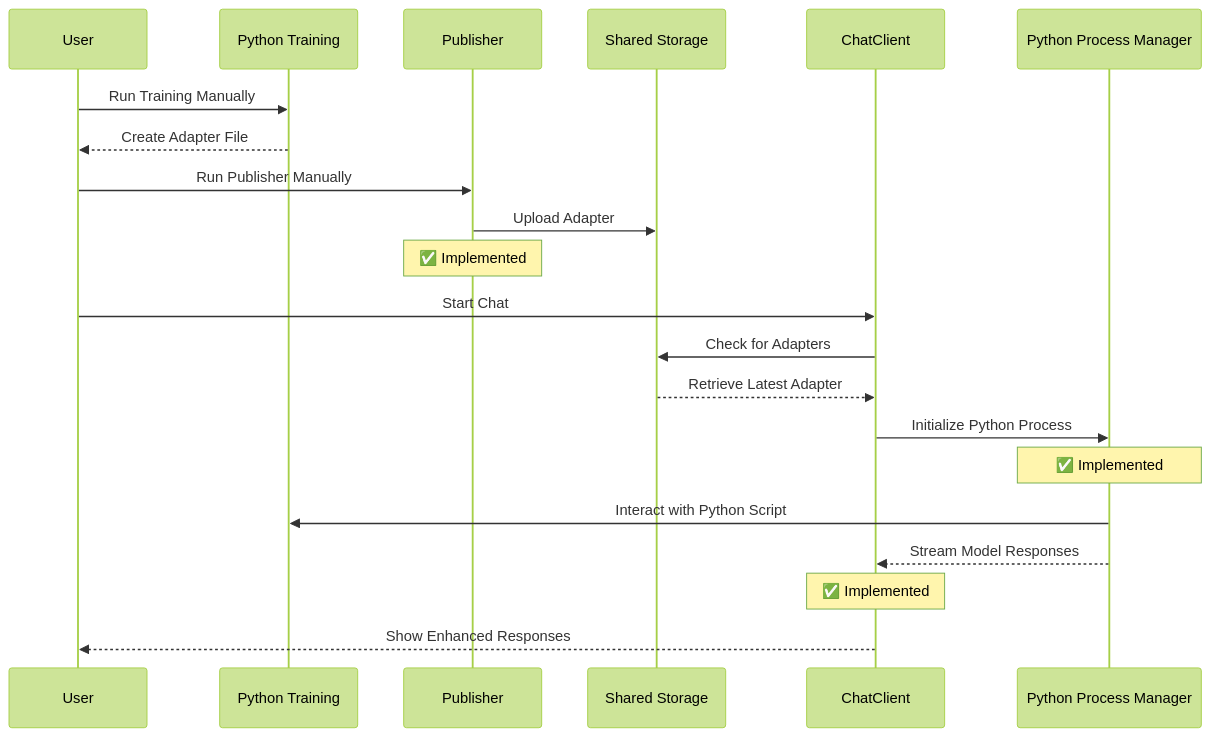
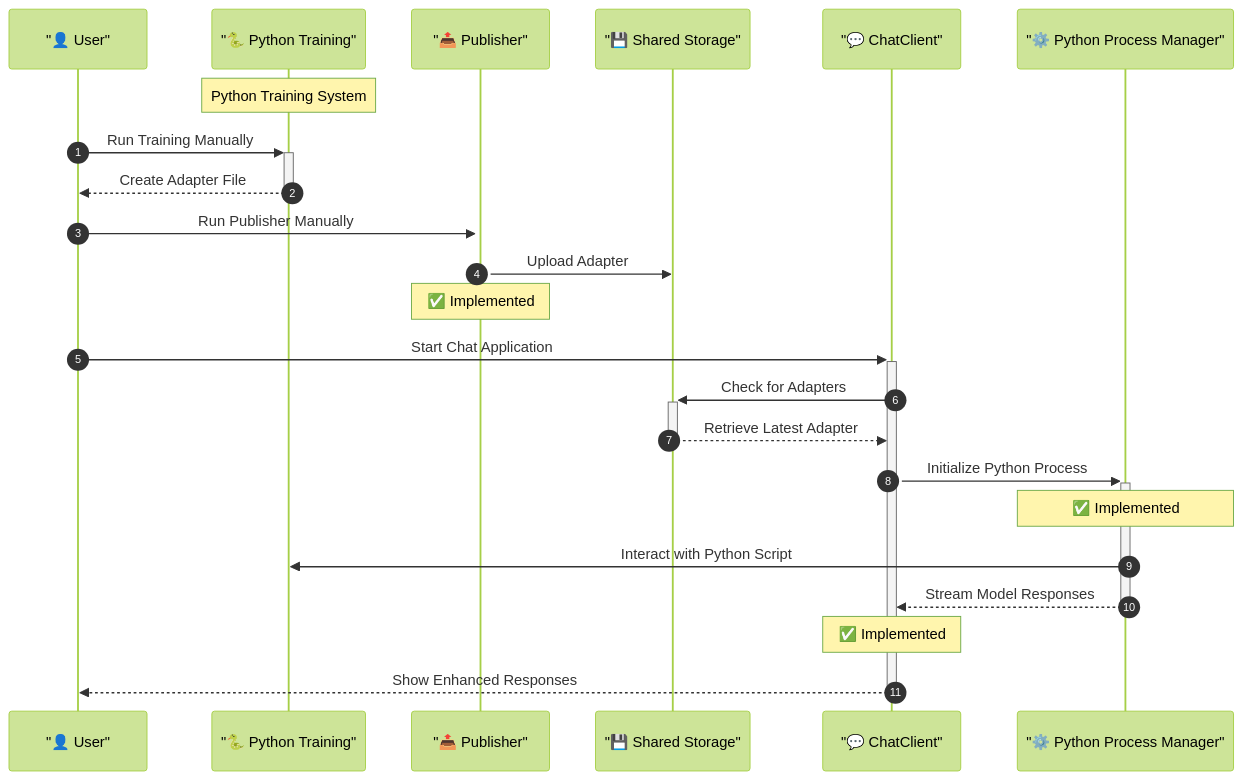
One commit to gsinghjay/LLMAdapterClient changed the second of 8 diagrams in STORY.md. Above: the diagram before and after it, drawn with Mermaid (forest theme). The commit also changed other lines of this file, not shown here.

Commit message:
docs(diagrams): align mermaid diagrams with project styling standards

````diff
--- a/STORY.md
+++ b/STORY.md
@@ -49,25 +54,32 @@
 ```mermaid
 sequenceDiagram
-    participant User
-    participant Training as Python Training
-    participant Publisher
-    participant Storage as Shared Storage
-    participant ChatClient
-    participant PythonMgr as Python Process Manager
+    %% Participants with emoji and color indicators
+    participant User as "👤 User"
+    participant Training as "🐍 Python Training"
+    participant Publisher as "📤 Publisher"
+    participant Storage as "💾 Shared Storage"
+    participant ChatClient as "💬 ChatClient"
+    participant PythonMgr as "⚙️ Python Process Manager"
     
-    User->>Training: Run Training Manually
-    Training-->>User: Create Adapter File
-    User->>Publisher: Run Publisher Manually
+    %% Section headers with notes
+    Note over Training: Python Training System
+    
+    %% Adapter Training Flow
+    autonumber 1
+    User->>+Training: Run Training Manually
+    Training-->>-User: Create Adapter File
+    User->>+Publisher: Run Publisher Manually
     Publisher->>Storage: Upload Adapter
     Note over Publisher: ✅ Implemented
     
-    User->>ChatClient: Start Chat
-    ChatClient->>Storage: Check for Adapters
-    Storage-->>ChatClient: Retrieve Latest Adapter
-    ChatClient->>PythonMgr: Initialize Python Process
+    %% Chat Flow
+    User->>+ChatClient: Start Chat Application
+    ChatClient->>+Storage: Check for Adapters
+    Storage-->>-ChatClient: Retrieve Latest Adapter
+    ChatClient->>+PythonMgr: Initialize Python Process
     Note over PythonMgr: ✅ Implemented
     PythonMgr->>Training: Interact with Python Script
-    PythonMgr-->>ChatClient: Stream Model Responses
+    PythonMgr-->>-ChatClient: Stream Model Responses
     Note over ChatClient: ✅ Implemented
-    ChatClient-->>User: Show Enhanced Responses
+    ChatClient-->>-User: Show Enhanced Responses
 ```
````
